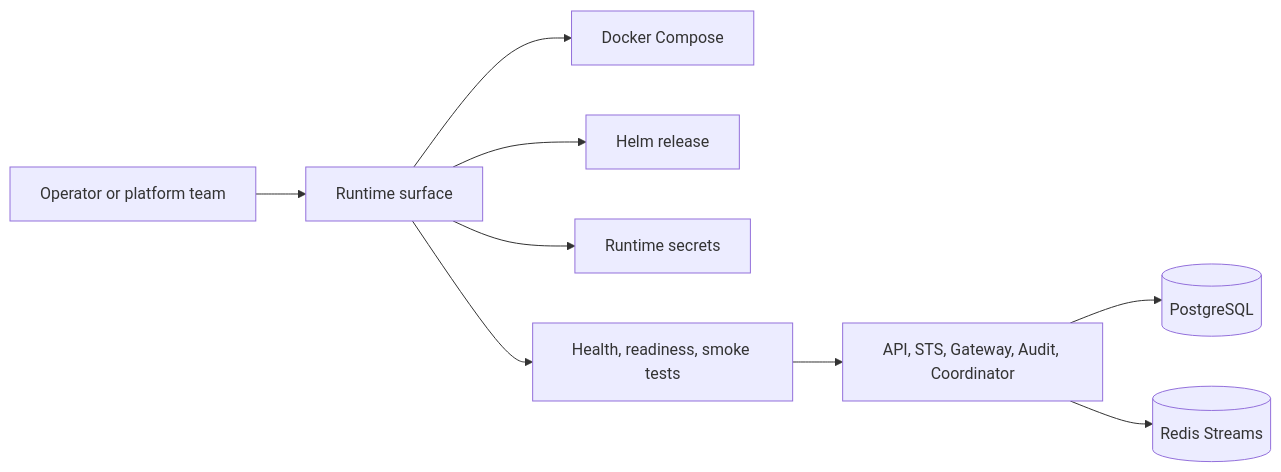
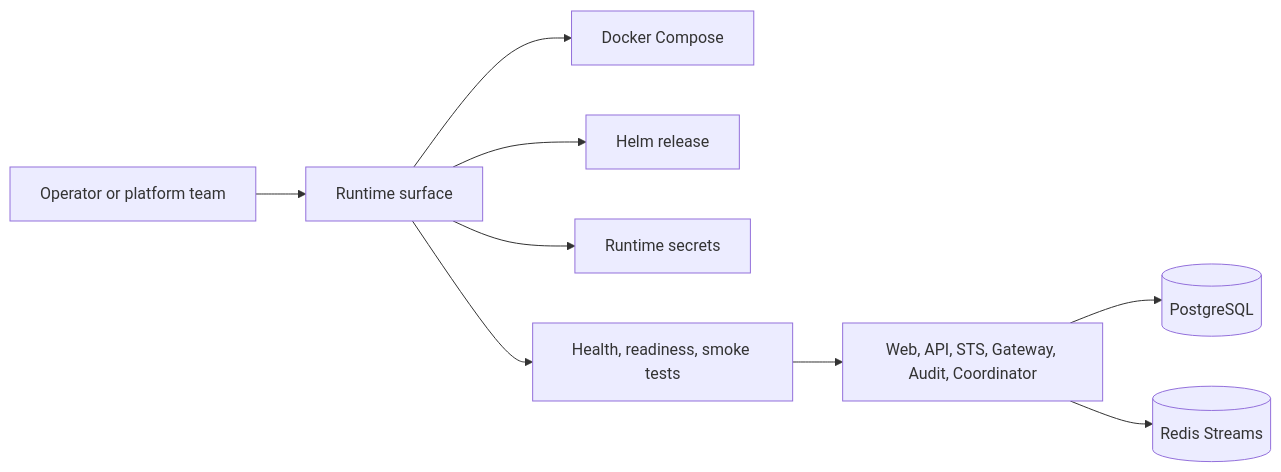
Before and after one commit to Slo-Pix/caracal: the diagram in docs/src/content/docs/operations/index.mdx, drawn with Mermaid. The commit also changed other lines of this file and 11 other files, not shown here.

````diff
--- a/docs/src/content/docs/operations/index.mdx
+++ b/docs/src/content/docs/operations/index.mdx
@@ -11,11 +11,11 @@
 ```mermaid
 flowchart LR
   Operator[Operator or platform team] --> Runtime[Runtime surface]
   Runtime --> Compose[Docker Compose]
   Runtime --> Helm[Helm release]
   Runtime --> Secrets[Runtime secrets]
   Runtime --> Checks[Health, readiness, smoke tests]
-  Checks --> Services[API, STS, Gateway, Audit, Coordinator]
+  Checks --> Services[Web, API, STS, Gateway, Audit, Coordinator]
   Services --> Postgres[(PostgreSQL)]
   Services --> Redis[(Redis Streams)]
 ```
````
